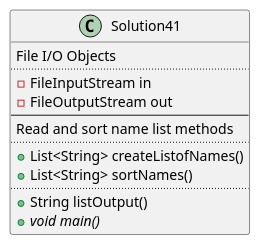
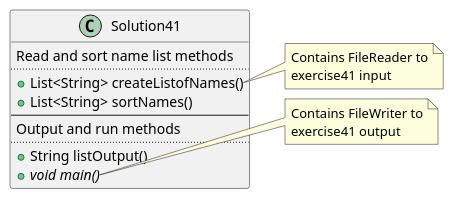
Before and after one commit to lastingParadox/preston-a04: the diagram in exercise41/docs/classes.puml, drawn with PlantUML. The commit also changed 5 other files, not shown here.

Commit message:
Updated diagram, added method logic and unit tests to exercise41

```diff
--- a/exercise41/docs/classes.puml
+++ b/exercise41/docs/classes.puml
@@ -1,16 +1,22 @@
 @startuml
 class Solution41 {
-    File I/O Objects
-    ..
-    -FileInputStream in
-    -FileOutputStream out
-    --
     Read and sort name list methods
     ..
     +List<String> createListofNames()
     +List<String> sortNames()
+    --
+    Output and run methods
     ..
     +String listOutput()
     +{abstract} void main()
 }
+note right of Solution41::createListofNames()
+    Contains FileReader to
+    exercise41 input
+end note
+note right of Solution41::main
+    Contains FileWriter to
+    exercise41 output
+end note
+
 @enduml
```
